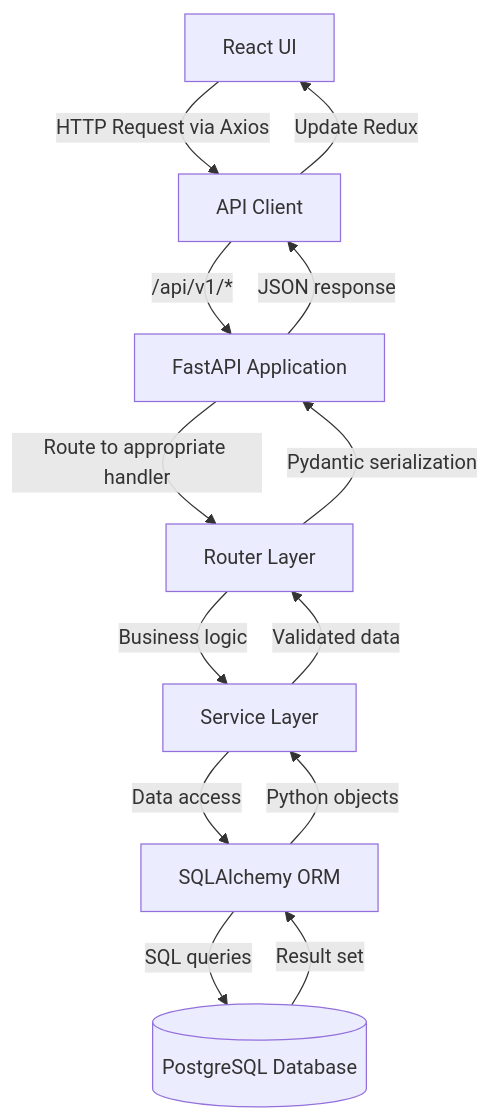
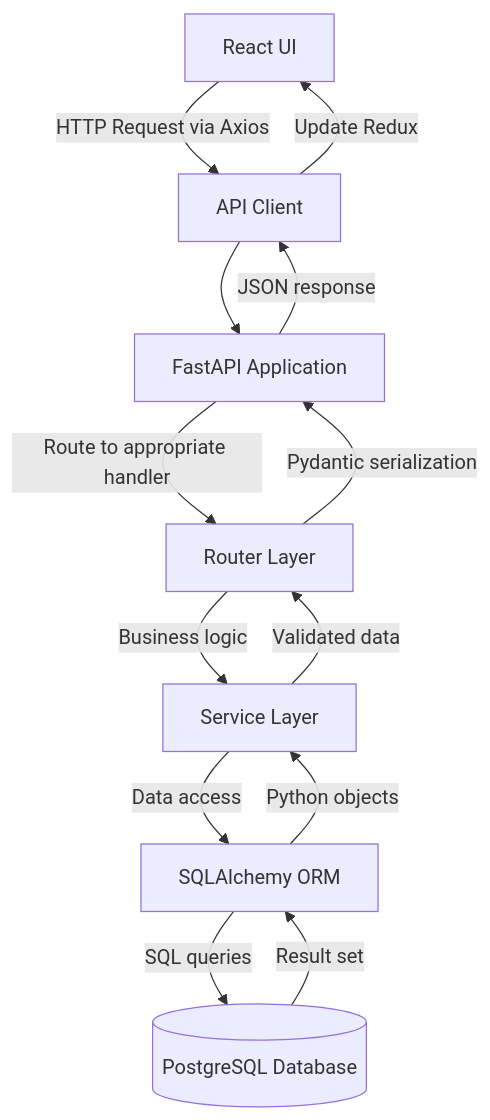
Before and after one commit to dartmouth/genji-lab: the first of 3 diagrams in docs/genji-api.md, drawn with Mermaid. The commit also changed other lines of this file, not shown here.

````diff
--- a/docs/genji-api.md
+++ b/docs/genji-api.md
@@ -5,16 +5,16 @@
 ```mermaid
 flowchart TD
     A[React UI] -->|HTTP Request via Axios| B[API Client]
-    B -->|"/api/v1/*"| C[FastAPI Application]
+    B --> C[FastAPI Application]
     C -->|Route to appropriate handler| D[Router Layer]
     D -->|Business logic| E[Service Layer]
     E -->|Data access| F[SQLAlchemy ORM]
     F -->|SQL queries| G[(PostgreSQL Database)]
     
     G -->|Result set| F
     F -->|Python objects| E
     E -->|Validated data| D
     D -->|Pydantic serialization| C
     C -->|JSON response| B
     B -->|Update Redux| A
 ```
````
